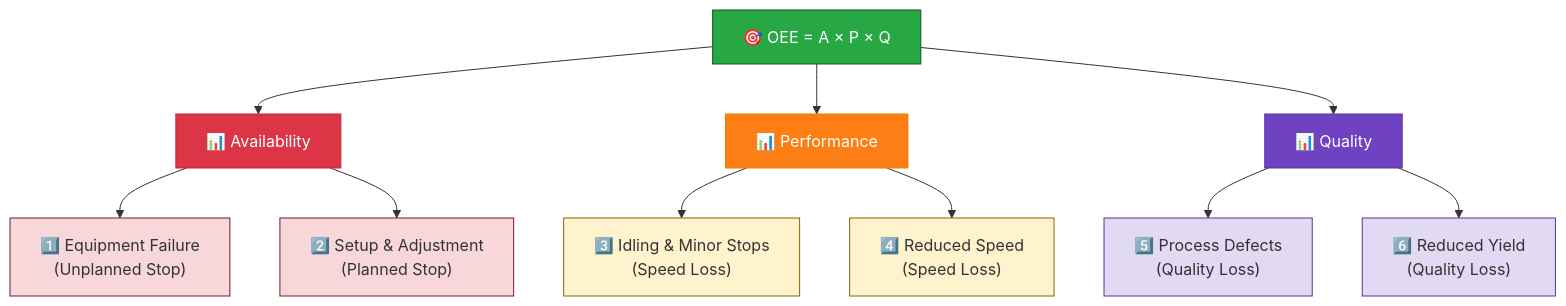
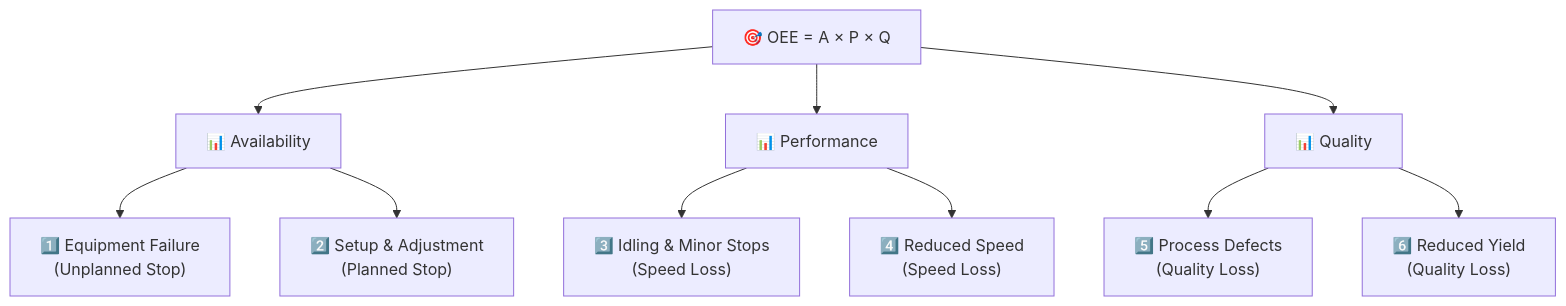
Before and after one commit to faris-isa/hermes-research: the diagram in content/knowledge/oee/mistakes-and-hidden.md, drawn with Mermaid. The commit also changed 5 other files, not shown here.

First line of the commit message:
fix: remove custom Mermaid styling for dark theme compatibility (#8)

````diff
--- a/content/knowledge/oee/mistakes-and-hidden.md
+++ b/content/knowledge/oee/mistakes-and-hidden.md
@@ -29,26 +29,15 @@
 ```mermaid
 graph TD
     OEE["🎯 OEE = A × P × Q"] --> A["📊 Availability"]
     OEE --> P["📊 Performance"]
     OEE --> Q["📊 Quality"]
 
     A --> A1["1️⃣ Equipment Failure<br/>(Unplanned Stop)"]
     A --> A2["2️⃣ Setup & Adjustment<br/>(Planned Stop)"]
 
     P --> P1["3️⃣ Idling & Minor Stops<br/>(Speed Loss)"]
     P --> P2["4️⃣ Reduced Speed<br/>(Speed Loss)"]
 
     Q --> Q1["5️⃣ Process Defects<br/>(Quality Loss)"]
     Q --> Q2["6️⃣ Reduced Yield<br/>(Quality Loss)"]
-
-    style OEE fill:#28a745,stroke:#155724,color:#fff
-    style A fill:#dc3545,stroke:#c82333,color:#fff
-    style P fill:#fd7e14,stroke:#e67e00,color:#fff
-    style Q fill:#6f42c1,stroke:#5a32a3,color:#fff
-    style A1 fill:#f8d7da,stroke:#721c24
-    style A2 fill:#f8d7da,stroke:#721c24
-    style P1 fill:#fff3cd,stroke:#856404
-    style P2 fill:#fff3cd,stroke:#856404
-    style Q1 fill:#e2d9f3,stroke:#5a32a3
-    style Q2 fill:#e2d9f3,stroke:#5a32a3
 ```
````
